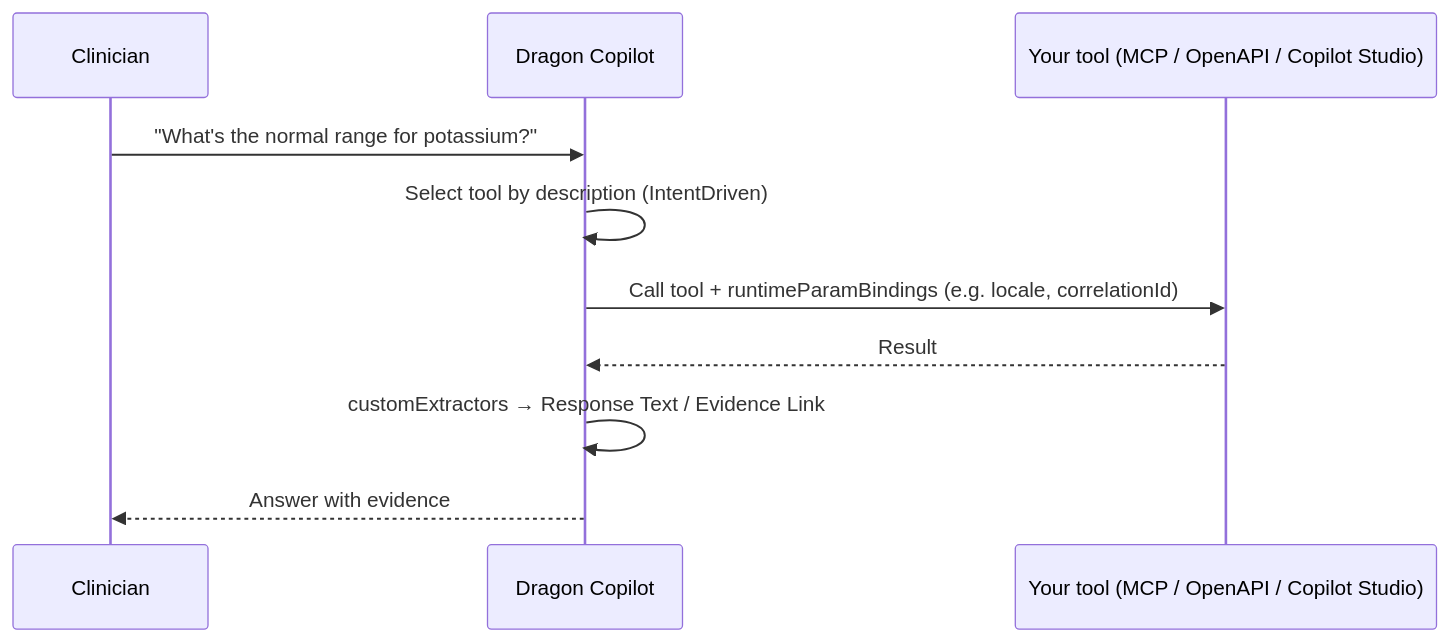
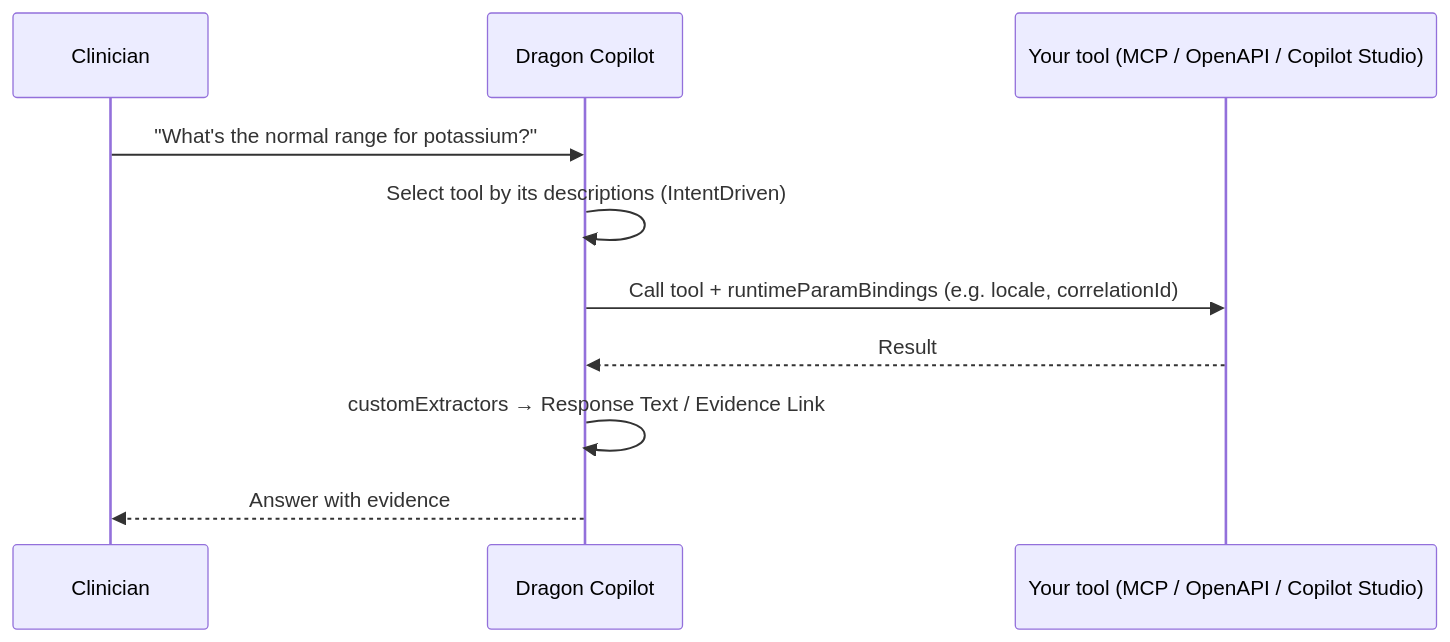
One commit to microsoft/dragon-copilot-extension-samples changed the diagram in physician/CONVERSATIONAL.md. Above: the diagram before and after it, drawn with Mermaid. The commit also changed other lines of this file and 11 other files, not shown here.

First line of the commit message:
Add tool description guide; scope description per tool type

````diff
--- a/physician/CONVERSATIONAL.md
+++ b/physician/CONVERSATIONAL.md
@@ -31,12 +32,12 @@
 ```mermaid
 sequenceDiagram
     participant C as Clinician
     participant D as Dragon Copilot
     participant T as Your tool (MCP / OpenAPI / Copilot Studio)
     C->>D: "What's the normal range for potassium?"
-    D->>D: Select tool by description (IntentDriven)
+    D->>D: Select tool by its descriptions (IntentDriven)
     D->>T: Call tool + runtimeParamBindings (e.g. locale, correlationId)
     T-->>D: Result
     D->>D: customExtractors → Response Text / Evidence Link
     D-->>C: Answer with evidence
 ```
````
